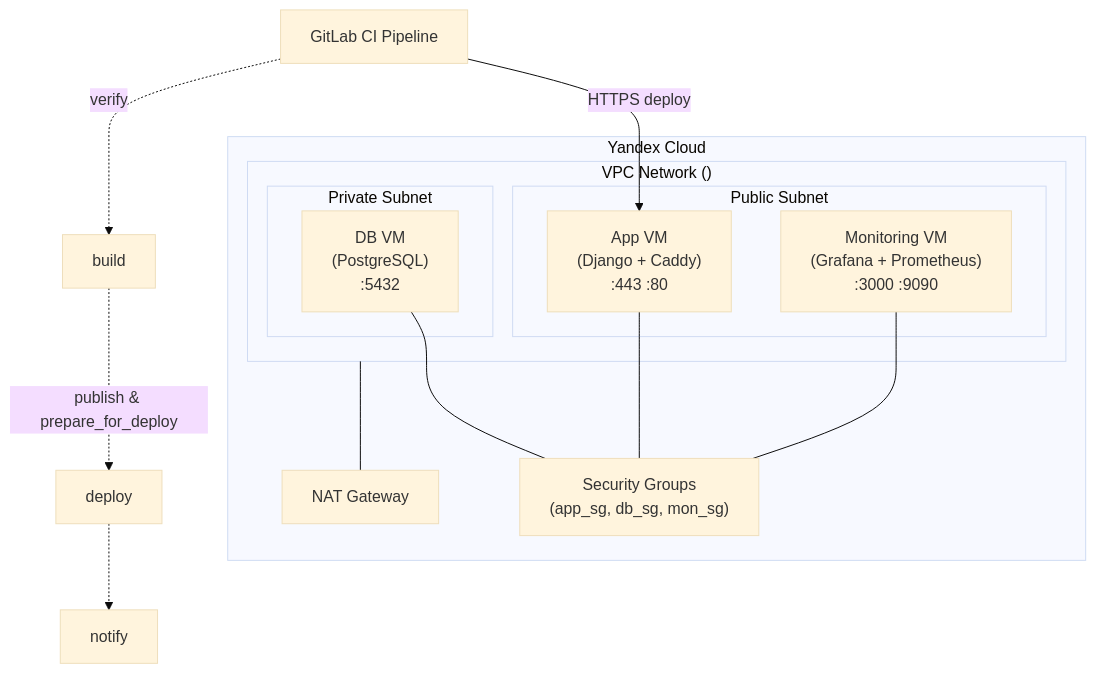
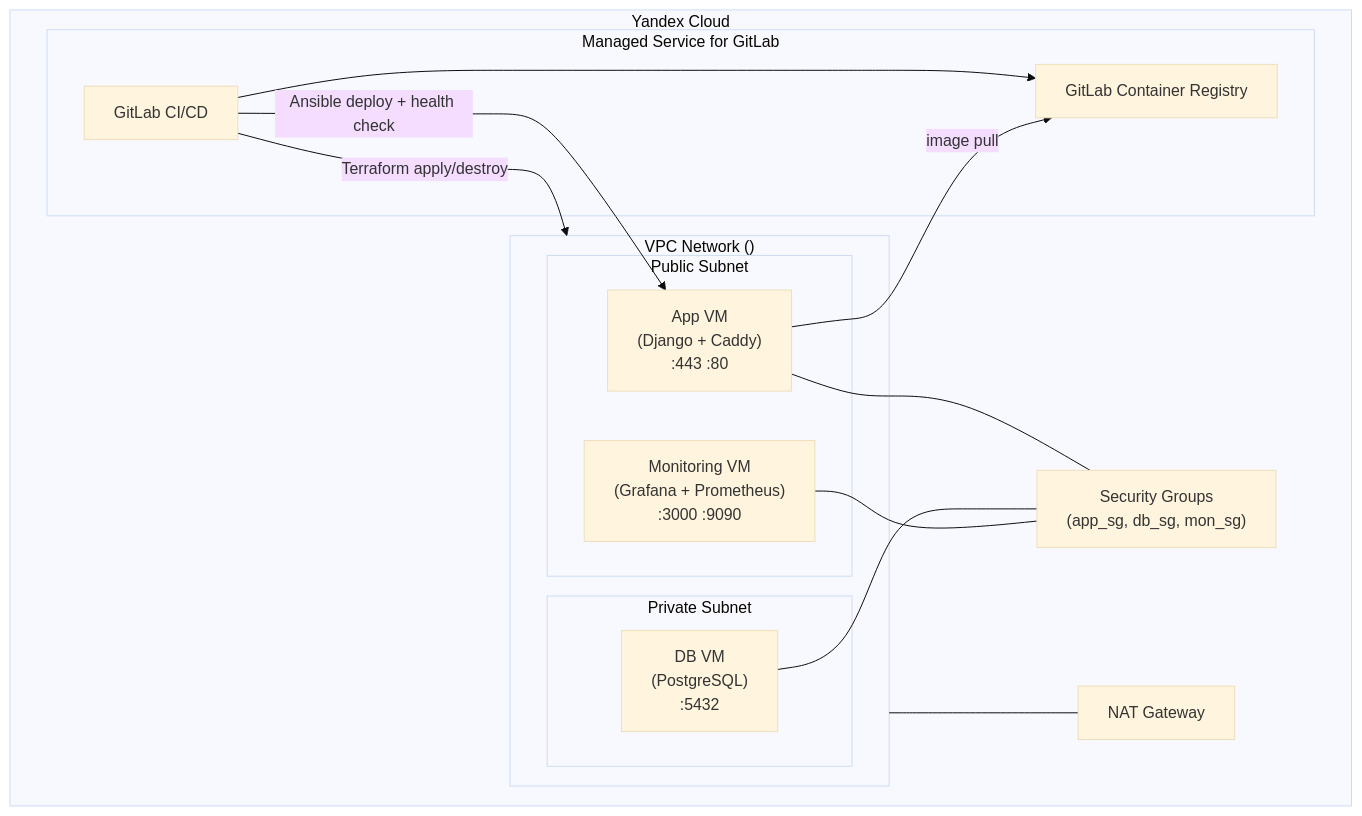
Before and after one commit to AlexeyKuzko/devops_diploma: the second of 2 diagrams in README.md, drawn with Mermaid (base theme). The commit also changed other lines of this file and 40 other files, not shown here.

````diff
--- a/README.md
+++ b/README.md
@@ -176,38 +229,40 @@
 ```mermaid
 flowchart TB
 
 subgraph YC["Yandex Cloud"]
+
+subgraph GITLAB["Managed Service for GitLab"]
+GL["GitLab CI/CD"]
+REG["GitLab Container Registry"]
+GL --> REG
+end
 
 subgraph VPC["VPC Network (<env>)"]
 
 subgraph PUBLIC["Public Subnet"]
 APP["App VM<br/>(Django + Caddy)<br/>:443 :80"]
 MON["Monitoring VM<br/>(Grafana + Prometheus)<br/>:3000 :9090"]
 end
 
 subgraph PRIVATE["Private Subnet"]
 DB["DB VM<br/>(PostgreSQL)<br/>:5432"]
 end
 
 end
 
 SG["Security Groups<br/>(app_sg, db_sg, mon_sg)"]
 
 APP --- SG
 DB --- SG
 MON --- SG
 
 NAT["NAT Gateway"]
 
 VPC --- NAT
 
+GL -->|Terraform apply/destroy| VPC
+GL -->|Ansible deploy + health check| APP
+APP -->|image pull| REG
+
 end
-
-CI["GitLab CI Pipeline"]
-
-CI -->|HTTPS deploy| APP
-
-CI -. verify .-> CI2["build"]
-CI2 -. publish & prepare_for_deploy .-> CI3["deploy"]
-CI3 -.-> CI4["notify"]
 ```
````
